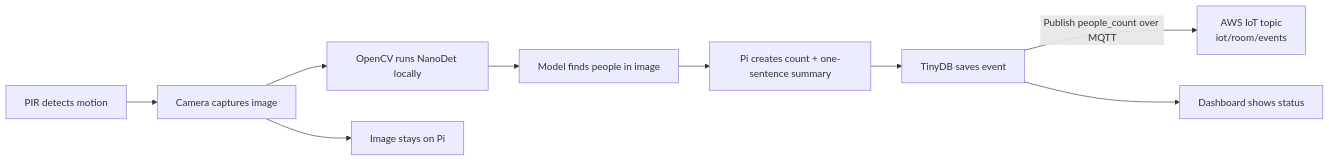
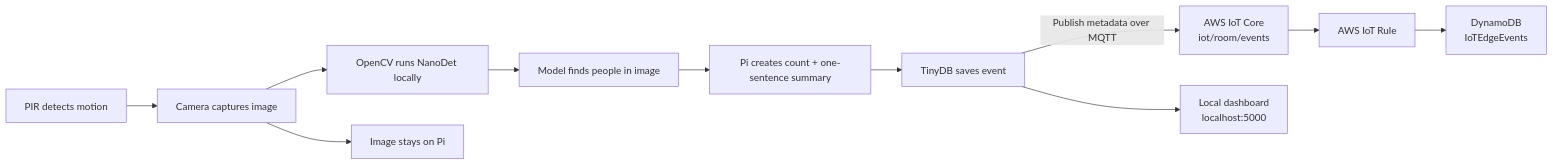
One commit to TheAditya123/iot- changed the diagram in README.md. Above: the diagram before and after it, drawn with Mermaid. The commit also changed other lines of this file and 11 other files, not shown here.

Commit message:
Add DynamoDB cloud storage and full local dashboard

````diff
--- a/README.md
+++ b/README.md
@@ -8,11 +9,13 @@
 ```mermaid
 flowchart LR
     A[PIR detects motion] --> B[Camera captures image]
     B --> C[OpenCV runs NanoDet locally]
     C --> D[Model finds people in image]
     D --> E[Pi creates count + one-sentence summary]
     E --> F[TinyDB saves event]
-    F -->|Publish people_count over MQTT| G[AWS IoT topic<br/>iot/room/events]
-    F --> H[Dashboard shows status]
+    F -->|Publish metadata over MQTT| G[AWS IoT Core<br/>iot/room/events]
+    G --> J[AWS IoT Rule]
+    J --> K[DynamoDB<br/>IoTEdgeEvents]
+    F --> H[Local dashboard<br/>localhost:5000]
     B --> I[Image stays on Pi]
 ```
````
